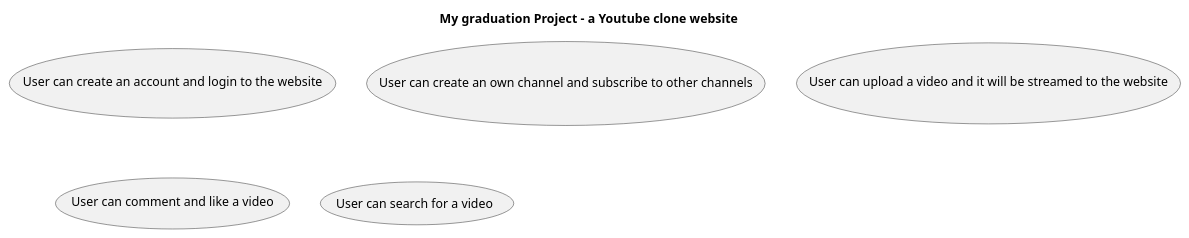
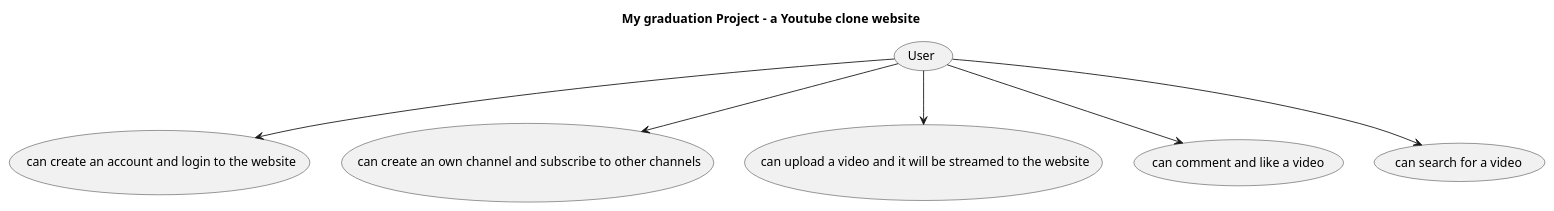
One commit to coyotiv-sose/graduation-project-thisDotMando changed the diagram in architecture/class.puml. Above: the diagram before and after it, drawn with PlantUML. The commit also changed 4 other files, not shown here.

Commit message:
Creating a video Class and a Method to create  and upload a Video; creating an Array for subscribed other users; Testing all this new releases

```diff
--- a/architecture/class.puml
+++ b/architecture/class.puml
@@ -1,10 +1,17 @@
 @startuml
 
+
 title My graduation Project - a Youtube clone website
+usecase "User"
+usecase " can create an account and login to the website" as UC1
+usecase " can create an own channel and subscribe to other channels" as UC2
+usecase " can upload a video and it will be streamed to the website" as UC3
+usecase " can comment and like a video" as UC4
+usecase " can search for a video" as UC5
 
-usecase "User can create an account and login to the website" as UC1
-usecase "User can create an own channel and subscribe to other channels" as UC2
-usecase "User can upload a video and it will be streamed to the website" as UC3
-usecase "User can comment and like a video" as UC4
-usecase "User can search for a video" as UC5
+User --> UC1
+User --> UC2
+User --> UC3
+User --> UC4
+User --> UC5
 @enduml
```
